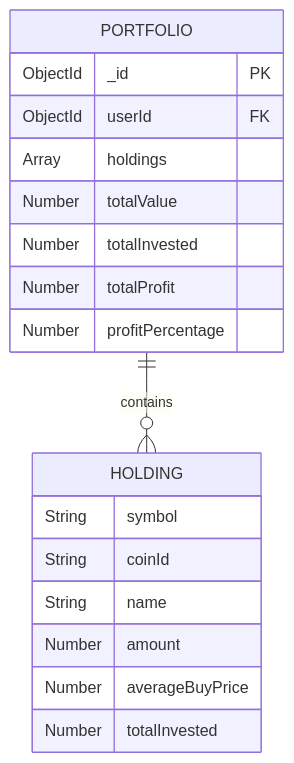
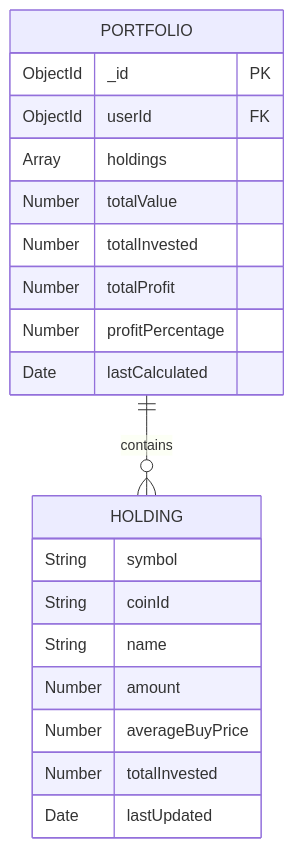
Before and after one commit to doanthetin193/CryptoTradingSOA: diagram 15 of 18 in BAO_CAO_KIEN_TRUC_HUONG_DICH_VU.md, drawn with Mermaid. The commit also changed other lines of this file and 5 other files, not shown here.

````diff
--- a/BAO_CAO_KIEN_TRUC_HUONG_DICH_VU.md
+++ b/BAO_CAO_KIEN_TRUC_HUONG_DICH_VU.md
@@ -699,21 +837,23 @@
 ```mermaid
 erDiagram
     PORTFOLIO {
         ObjectId _id PK
         ObjectId userId FK
         Array holdings
         Number totalValue
         Number totalInvested
         Number totalProfit
         Number profitPercentage
+        Date lastCalculated
     }
     HOLDING {
         String symbol
         String coinId
         String name
         Number amount
         Number averageBuyPrice
         Number totalInvested
+        Date lastUpdated
     }
     PORTFOLIO ||--o{ HOLDING : contains
 ```
````
